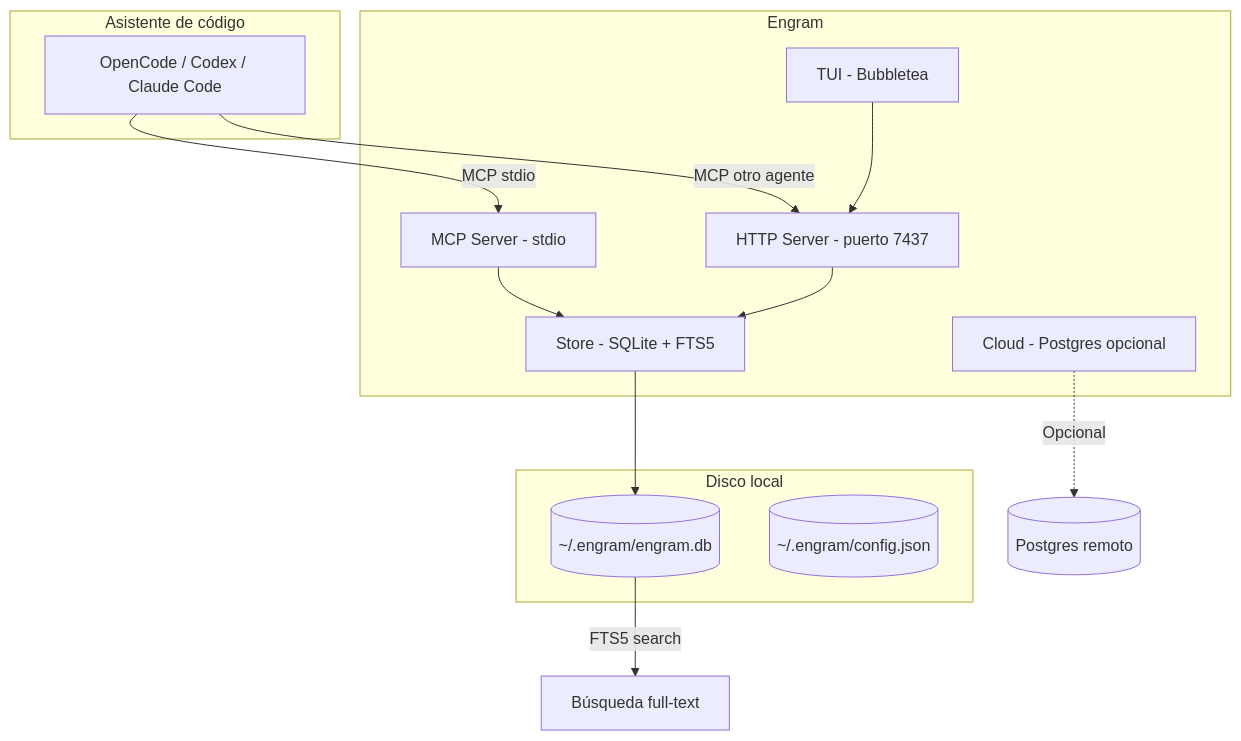
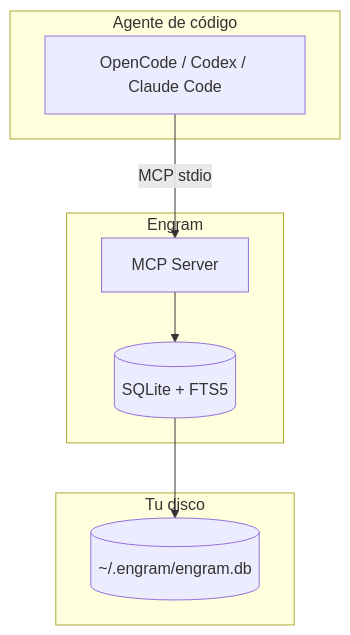
The diagram in src/content/docs/09-engram/01-que-es-engram.md (harrysxavio/gentle-ai-manual), drawn with Mermaid before and after one commit. The commit also changed other lines of this file and 10 other files, not shown here.

````diff
--- a/src/content/docs/09-engram/01-que-es-engram.md
+++ b/src/content/docs/09-engram/01-que-es-engram.md
@@ -71,31 +36,16 @@
 ```mermaid
 graph TB
-    subgraph AGENTE["Asistente de código"]
+    subgraph AGENTE["Agente de código"]
         OC[OpenCode / Codex / Claude Code]
     end
-    
     subgraph ENGRAM["Engram"]
-        MCP[MCP Server - stdio]
-        HTTP[HTTP Server - puerto 7437]
-        TUI[TUI - Bubbletea]
-        STORE[Store - SQLite + FTS5]
-        CLOUD[Cloud - Postgres opcional]
+        MCP[MCP Server]
+        DB_CORE[(SQLite + FTS5)]
     end
-    
-    subgraph DISC["Disco local"]
+    subgraph DISCO["Tu disco"]
         DB[(~/.engram/engram.db)]
-        CONFIG[(~/.engram/config.json)]
     end
-    
     OC -->|"MCP stdio"| MCP
-    OC -->|"MCP otro agente"| HTTP
-    
-    MCP --> STORE
-    HTTP --> STORE
-    TUI --> HTTP
-    
-    STORE --> DB
-    CLOUD -.->|"Opcional"| PG[(Postgres remoto)]
-    
-    DB -->|"FTS5 search"| SEARCH[Búsqueda full-text]
+    MCP --> DB_CORE
+    DB_CORE --> DB
 ```
````
